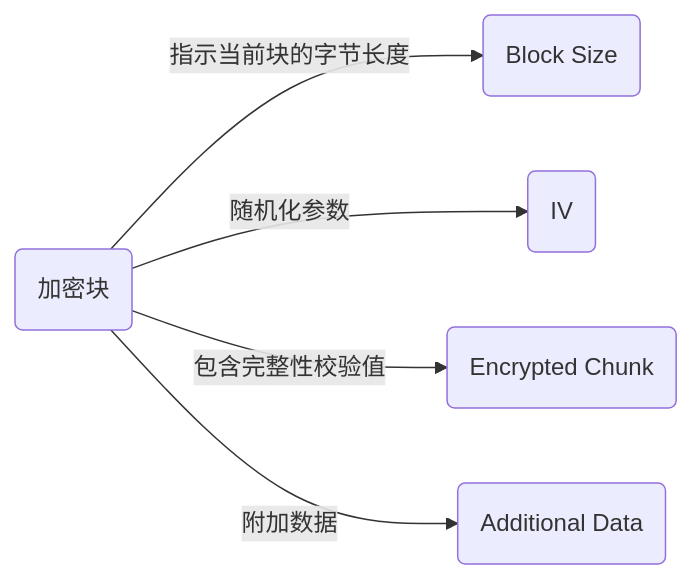
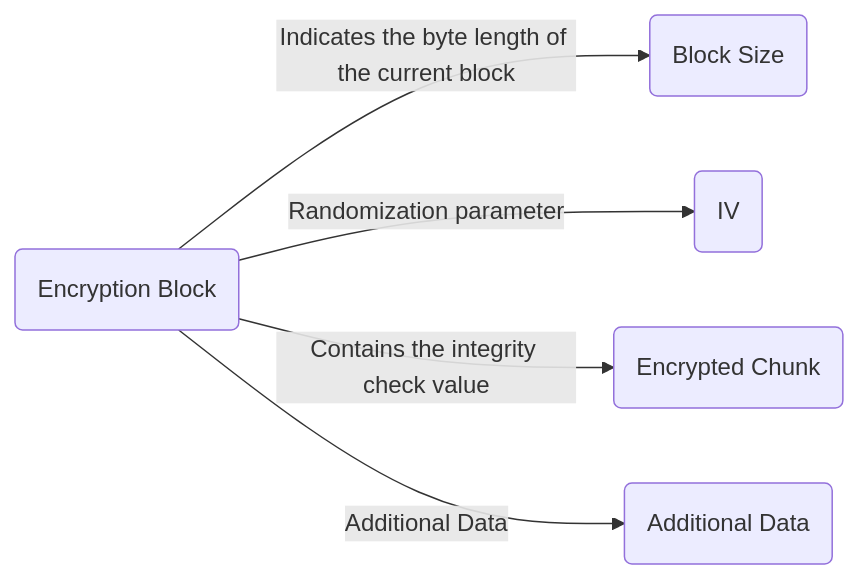
One commit to hwcwy/AES-GCM-stream changed the diagram in README.md. Above: the diagram before and after it, drawn with Mermaid. The commit also changed other lines of this file, not shown here.

````diff
--- a/README.md
+++ b/README.md
@@ -30,7 +38,7 @@
 ```mermaid
 graph LR;
-   A(加密块) -->|指示当前块的字节长度| B(Block Size)
-   A -->|随机化参数| C(IV)
-   A -->|包含完整性校验值| D(Encrypted Chunk)
-   A -->|附加数据|E(Additional Data)
+   A(Encryption Block) -->|Indicates the byte length of the current block| B(Block Size)
+   A -->|Randomization parameter| C(IV)
+   A -->|Contains the integrity check value| D(Encrypted Chunk)
+   A -->|Additional Data|E(Additional Data)
 ```
````
